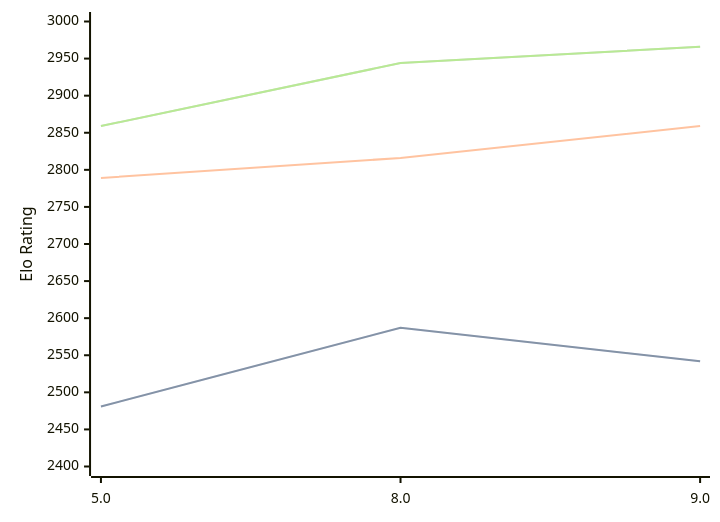
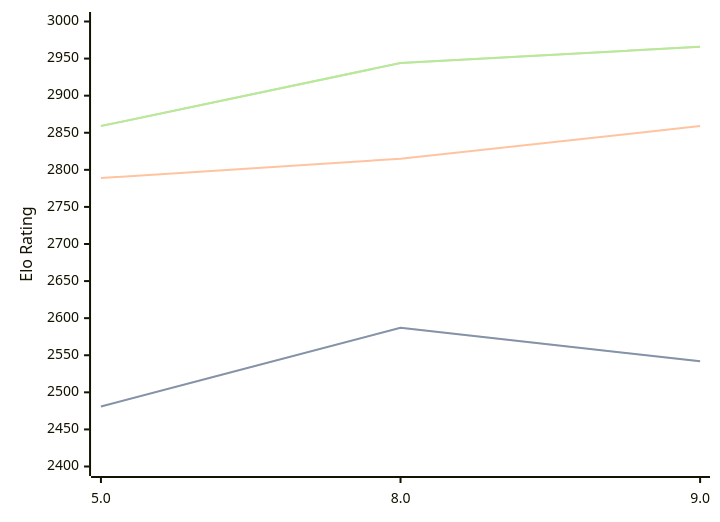
One commit to computer-chess-index/cci changed the diagram in engines/4kc.md. Above: the diagram before and after it, drawn with Mermaid. The commit also changed other lines of this file, not shown here.

````diff
--- a/engines/4kc.md
+++ b/engines/4kc.md
@@ -33,11 +33,11 @@
 ```mermaid
 %%{init: {"theme":"base","themeVariables":{"seriesColors:['#a3a3a3','#222221','#faa371']}}}%%
 xychart-beta
   x-axis ["5.0", "8.0", "9.0"]
   y-axis "Elo Rating" 2400 --> 3000
   line "" [2481, 2587, 2542]
   line "STC (8.0+0.08s)" [2481, 2587, 2542]
-  line "LTC (60.0+0.60s)" [2789, 2816, 2859]
+  line "LTC (60.0+0.60s)" [2789, 2815, 2859]
   line "" [2859, 2944, 2966]
   line "VLTC (2m24s+1.12s)" [2859, 2944, 2966]
 ```
````
